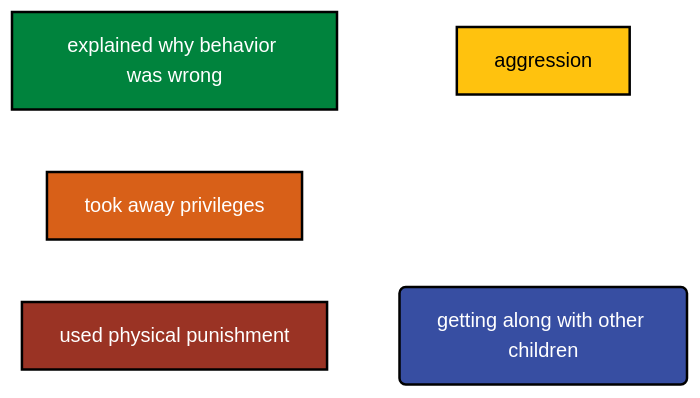
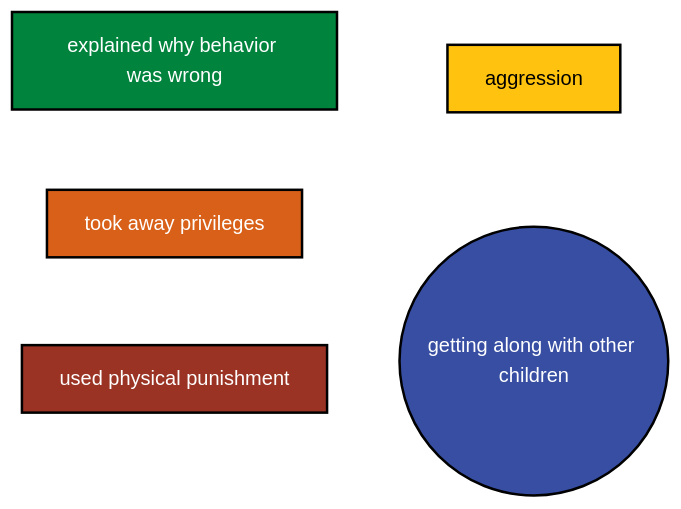
The diagram in global-perspectives/diagram.md (agrogan1/closeread), drawn with Mermaid before and after one commit.

````diff
--- a/global-perspectives/diagram.md
+++ b/global-perspectives/diagram.md
@@ -1,31 +1,31 @@
   ```mermaid
 flowchart LR
 
   classDef yellow fill:#FFC20E,stroke:#000000,stroke-width:2px,color:#000000;
   
   classDef blue fill:#374EA2,stroke:#000000,stroke-width:2px,color:#FFFFFF;
   
   classDef green fill:#00833D,stroke:#000000,stroke-width:2px,color:#FFFFFF;
   
   classDef orange fill:#D86018,stroke:#000000,stroke-width:2px,color:#FFFFFF;
   
   classDef red fill:#9A3324,stroke:#000000,stroke-width:2px,color:#FFFFFF;
 
   explained[explained why behavior was wrong]:::green
 
   privileges[took away privileges]:::orange
   
   CP[used physical punishment]:::red
 
   aggression:::yellow
 
-  gettingalong(getting along with other children):::blue
+  gettingalong((getting along with other children)):::blue
 
   explained ~~~ aggression
   privileges ~~~ aggression
   CP ~~~ aggression
   explained ~~~ gettingalong
   privileges ~~~ gettingalong
   CP ~~~ gettingalong
   
 ```
````
